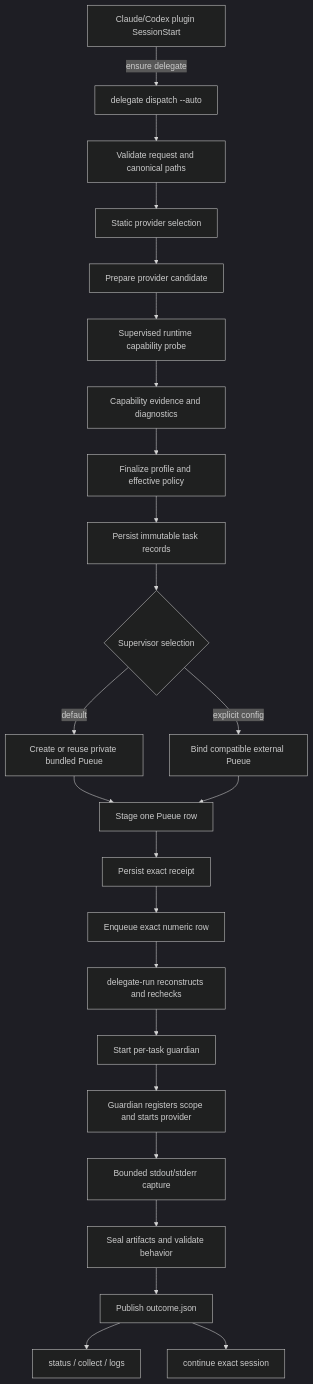
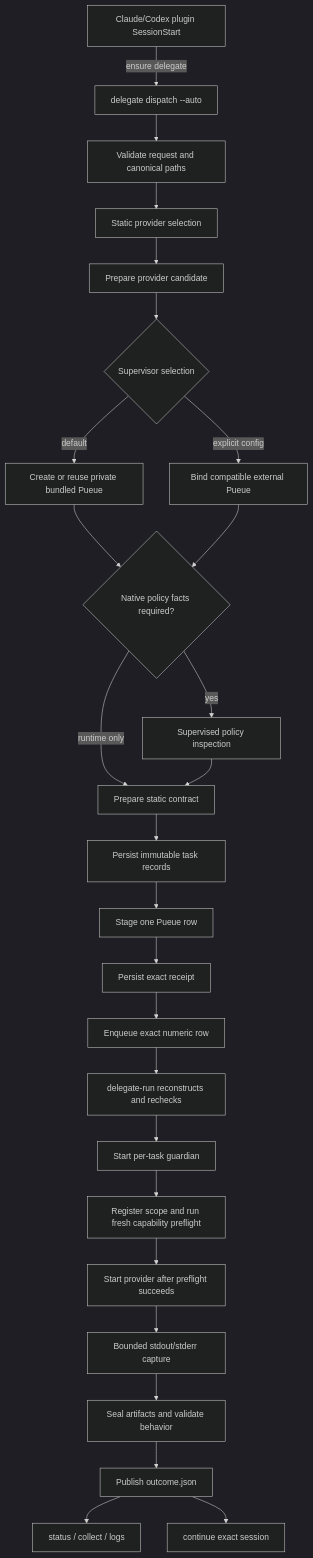
One commit to hishamkaram/delegation-layer changed the diagram in docs/architecture.md. Above: the diagram before and after it, drawn with Mermaid (dark theme). The commit also changed other lines of this file and 75 other files, not shown here.

Commit message:
fix: finalize runtime admission and lifetime evidence

````diff
--- a/docs/architecture.md
+++ b/docs/architecture.md
@@ -8,26 +8,28 @@
 ```mermaid
 flowchart TD
     BOOT[Claude/Codex plugin SessionStart] -->|ensure delegate| A[delegate dispatch --auto]
     A --> B[Validate request and canonical paths]
     B --> C[Static provider selection]
     C --> D[Prepare provider candidate]
-    D --> E[Supervised runtime capability probe]
-    E --> F[Capability evidence and diagnostics]
-    F --> G[Finalize profile and effective policy]
-    G --> H[Persist immutable task records]
-    H --> I{Supervisor selection}
+    D --> I{Supervisor selection}
     I -->|default| J[Create or reuse private bundled Pueue]
     I -->|explicit config| J2[Bind compatible external Pueue]
-    J --> K[Stage one Pueue row]
-    J2 --> K
+    J --> E{Native policy facts required?}
+    J2 --> E
+    E -->|yes| F[Supervised policy inspection]
+    E -->|runtime only| G[Prepare static contract]
+    F --> G
+    G --> H[Persist immutable task records]
+    H --> K[Stage one Pueue row]
     K --> K2[Persist exact receipt]
     K2 --> K3[Enqueue exact numeric row]
     K3 --> L[delegate-run reconstructs and rechecks]
     L --> M[Start per-task guardian]
-    M --> M2[Guardian registers scope and starts provider]
-    M2 --> N[Bounded stdout/stderr capture]
+    M --> M2[Register scope and run fresh capability preflight]
+    M2 --> M3[Start provider after preflight succeeds]
+    M3 --> N[Bounded stdout/stderr capture]
     N --> O[Seal artifacts and validate behavior]
     O --> P[Publish outcome.json]
     P --> Q[status / collect / logs]
     P --> R[continue exact session]
 ```
````
